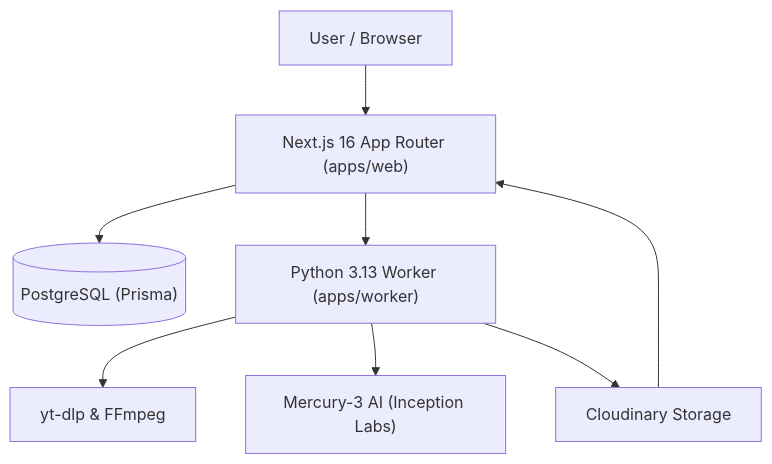
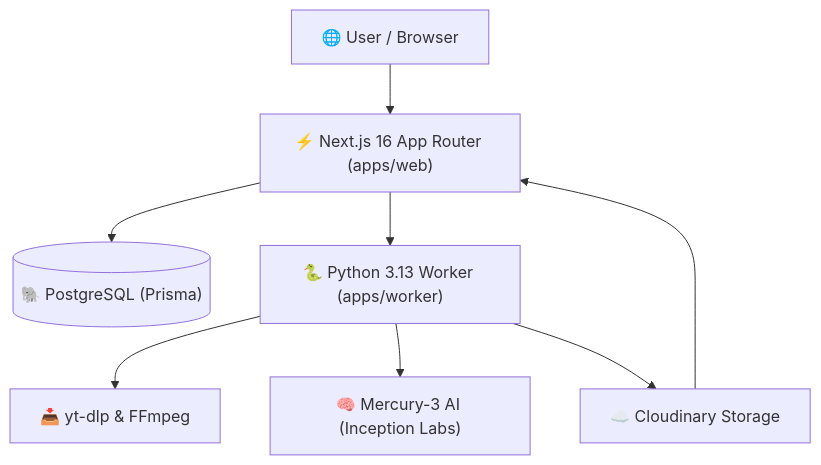
The diagram in README.md (aiankurverma/grab), drawn with Mermaid before and after one commit. The commit also changed other lines of this file, not shown here.

Commit message:
docs: remove render deployment section from README and keep architecture emojis

````diff
--- a/README.md
+++ b/README.md
@@ -32,10 +30,10 @@
 ```mermaid
 flowchart TD
-    User["User / Browser"] --> Web["Next.js 16 App Router (apps/web)"]
-    Web --> DB[("PostgreSQL (Prisma)")]
-    Web --> Worker["Python 3.13 Worker (apps/worker)"]
-    Worker --> YTDLP["yt-dlp & FFmpeg"]
-    Worker --> Mercury["Mercury-3 AI (Inception Labs)"]
-    Worker --> Cloudinary["Cloudinary Storage"]
+    User["🌐 User / Browser"] --> Web["⚡ Next.js 16 App Router (apps/web)"]
+    Web --> DB[("🐘 PostgreSQL (Prisma)")]
+    Web --> Worker["🐍 Python 3.13 Worker (apps/worker)"]
+    Worker --> YTDLP["📥 yt-dlp & FFmpeg"]
+    Worker --> Mercury["🧠 Mercury-3 AI (Inception Labs)"]
+    Worker --> Cloudinary["☁️ Cloudinary Storage"]
     Cloudinary --> Web
 ```
````
